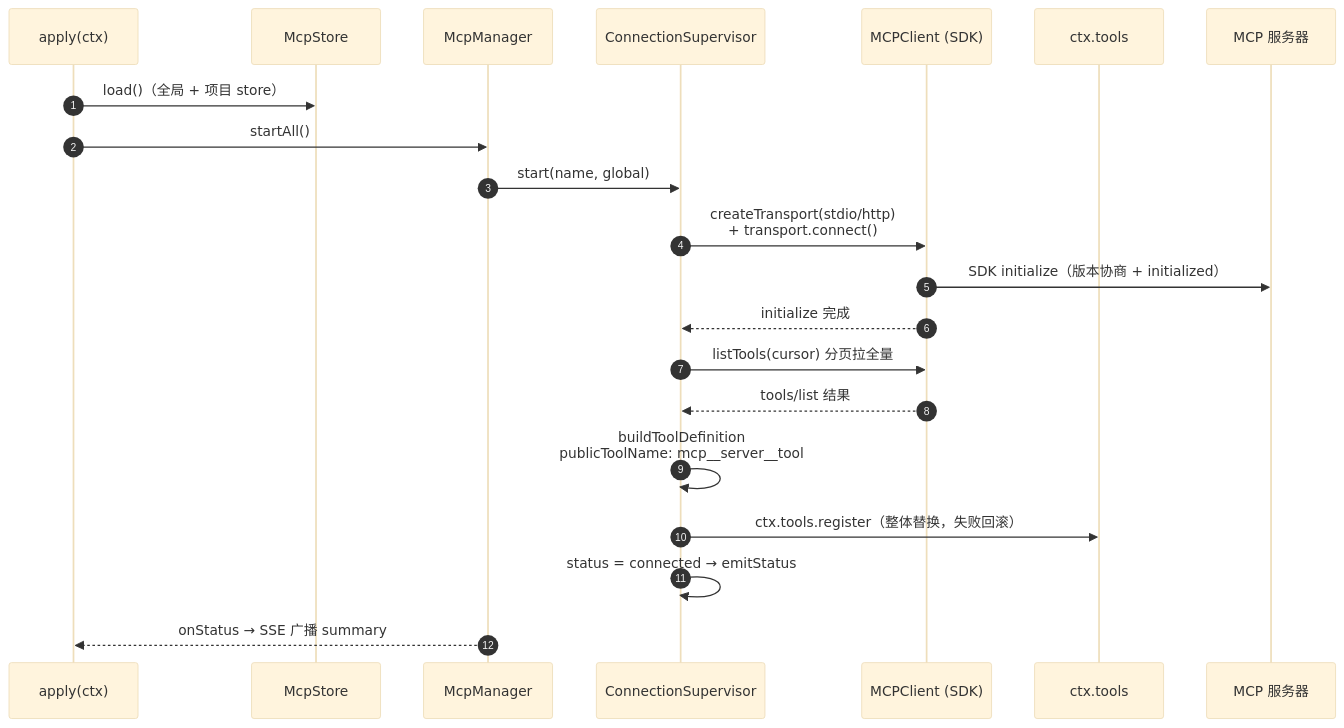
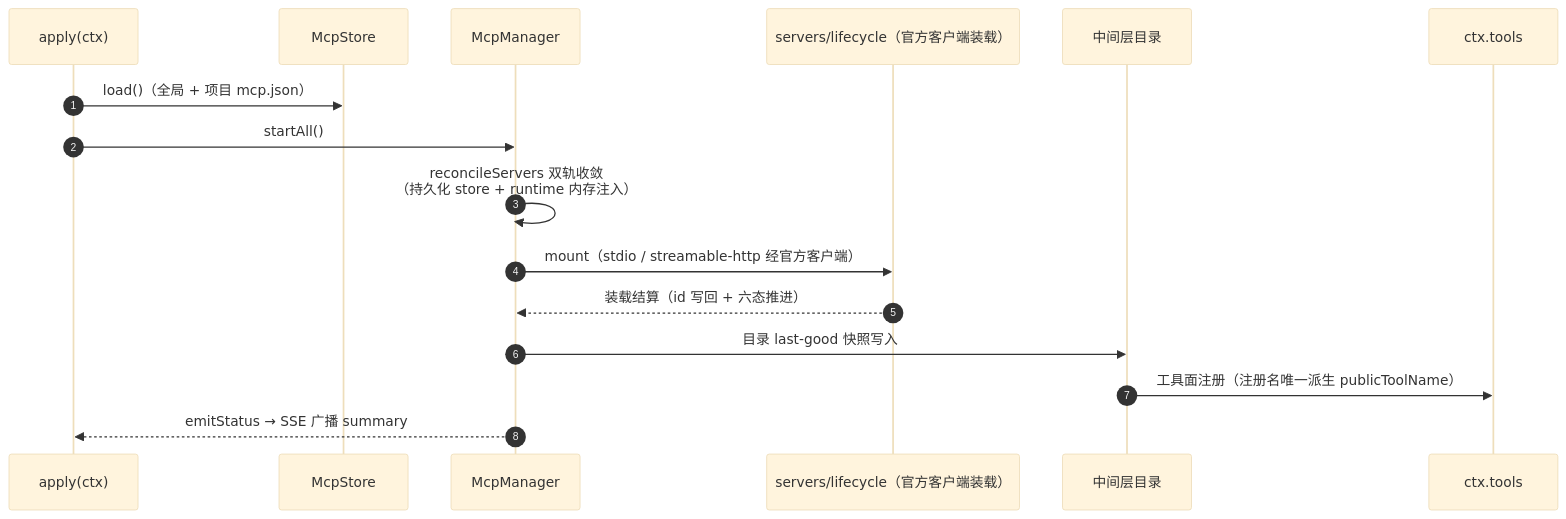
Before and after one commit to wingsky-1/dsh-plugin-hub: the second of 4 diagrams in docs/architecture/dsh-mcp-manager.md, drawn with Mermaid (base theme). The commit also changed other lines of this file and 7 other files, not shown here.

````diff
--- a/docs/architecture/dsh-mcp-manager.md
+++ b/docs/architecture/dsh-mcp-manager.md
@@ -63,24 +71,19 @@
 ```mermaid
 sequenceDiagram
     autonumber
     participant A as apply(ctx)
     participant S as McpStore
     participant M as McpManager
-    participant SV as ConnectionSupervisor
-    participant SDK as MCPClient (SDK)
+    participant LC as servers/lifecycle（官方客户端装载）
+    participant MW as 中间层目录
     participant T as ctx.tools
-    participant SRV as MCP 服务器
 
-    A->>S: load()（全局 + 项目 store）
+    A->>S: load()（全局 + 项目 mcp.json）
     A->>M: startAll()
-    M->>SV: start(name, global)
-    SV->>SDK: createTransport(stdio/http)<br/>+ transport.connect()
-    SDK->>SRV: SDK initialize（版本协商 + initialized）
-    SDK-->>SV: initialize 完成
-    SV->>SDK: listTools(cursor) 分页拉全量
-    SDK-->>SV: tools/list 结果
-    SV->>SV: buildToolDefinition<br/>publicToolName: mcp__server__tool
-    SV->>T: ctx.tools.register（整体替换，失败回滚）
-    SV->>SV: status = connected → emitStatus
-    M-->>A: onStatus → SSE 广播 summary
+    M->>M: reconcileServers 双轨收敛<br/>（持久化 store + runtime 内存注入）
+    M->>LC: mount（stdio / streamable-http 经官方客户端）
+    LC-->>M: 装载结算（id 写回 + 六态推进）
+    M->>MW: 目录 last-good 快照写入
+    MW->>T: 工具面注册（注册名唯一派生 publicToolName）
+    M-->>A: emitStatus → SSE 广播 summary
 ```
````
